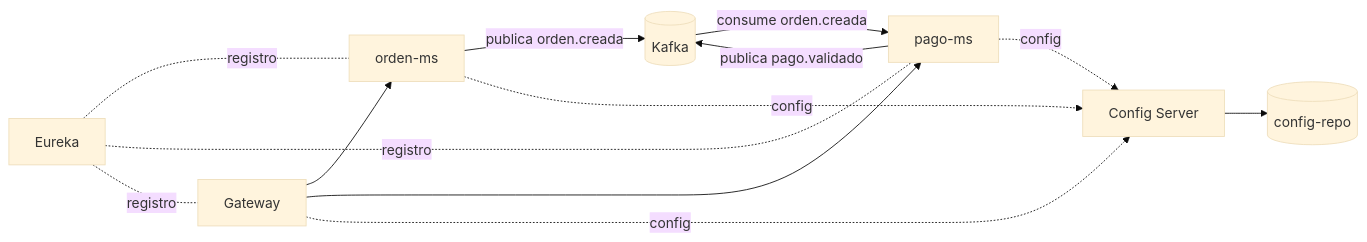
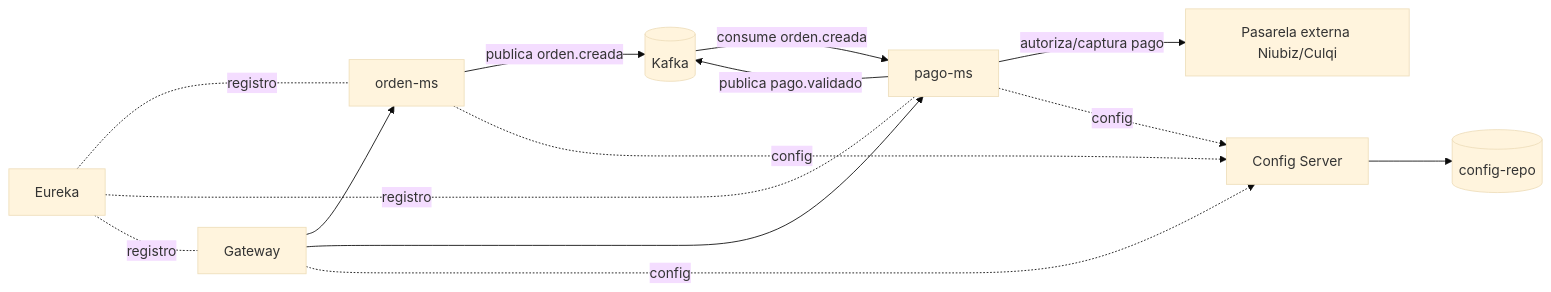
The fourth of 5 diagrams in README.md (262dist/pagatu), drawn with Mermaid (base theme) before and after one commit. The commit also changed other lines of this file and 1 other file, not shown here.

````diff
--- a/README.md
+++ b/README.md
@@ -82,18 +145,19 @@
 ```mermaid
 flowchart LR
     gateway[Gateway] --> orden[orden-ms]
     gateway --> pago[pago-ms]
 
     orden[orden-ms] -- publica orden.creada --> kafka[(Kafka)]
     kafka -- consume orden.creada --> pago[pago-ms]
+    pago -- autoriza/captura pago --> pasarela[Pasarela externa Niubiz/Culqi]
     pago -- publica pago.validado --> kafka
 
     config[Config Server] --> configrepo[(config-repo)]
     orden -. config .-> config
     pago -. config .-> config
     gateway -. config .-> config
 
     eureka[Eureka] -. registro .- orden
     eureka -. registro .- pago
     eureka -. registro .- gateway
 ```
````
